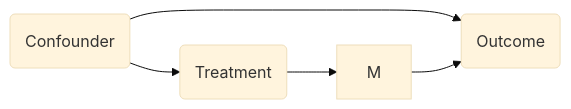
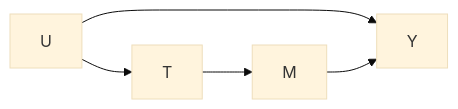
One commit to csinva/csinva.github.io changed the diagram in _notes/stat/causal_inference.md. Above: the diagram before and after it, drawn with Mermaid (base theme). The commit also changed other lines of this file and 156 other files, not shown here.

````diff
--- a/_notes/stat/causal_inference.md
+++ b/_notes/stat/causal_inference.md
@@ -539,7 +325,7 @@
 ```mermaid
 graph LR
-C(Confounder) -->Y(Outcome)
-C --> X(Treatment)
-X --> M
+U -->Y
+U --> T
+T --> M
 M --> Y
 ```
````
